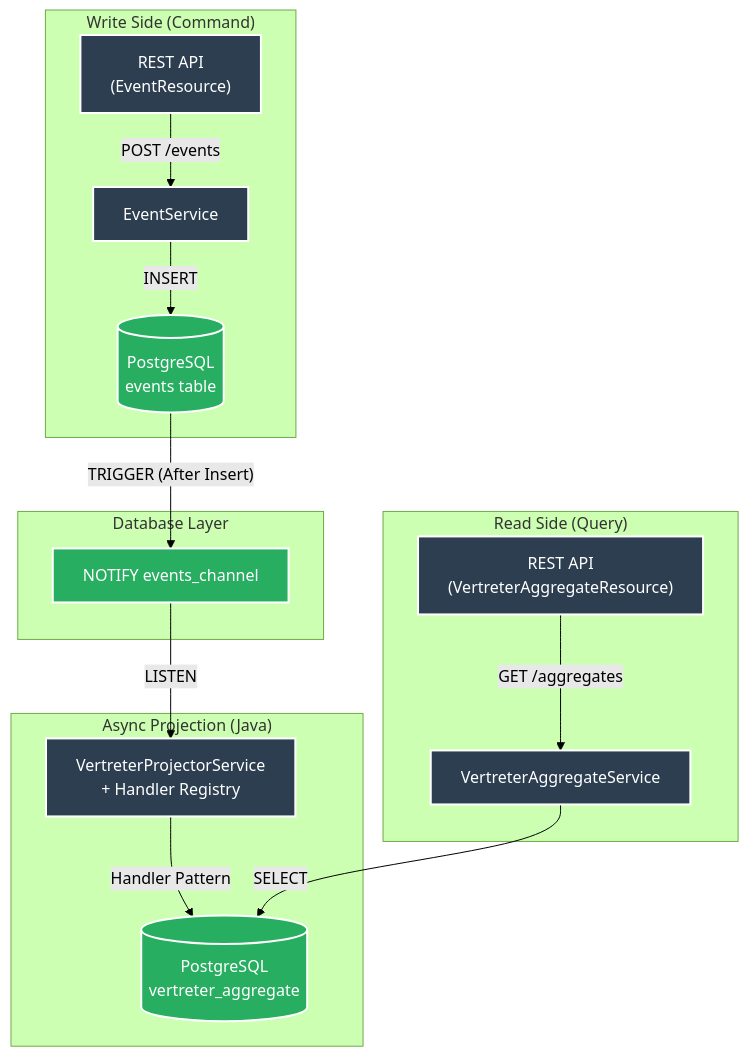
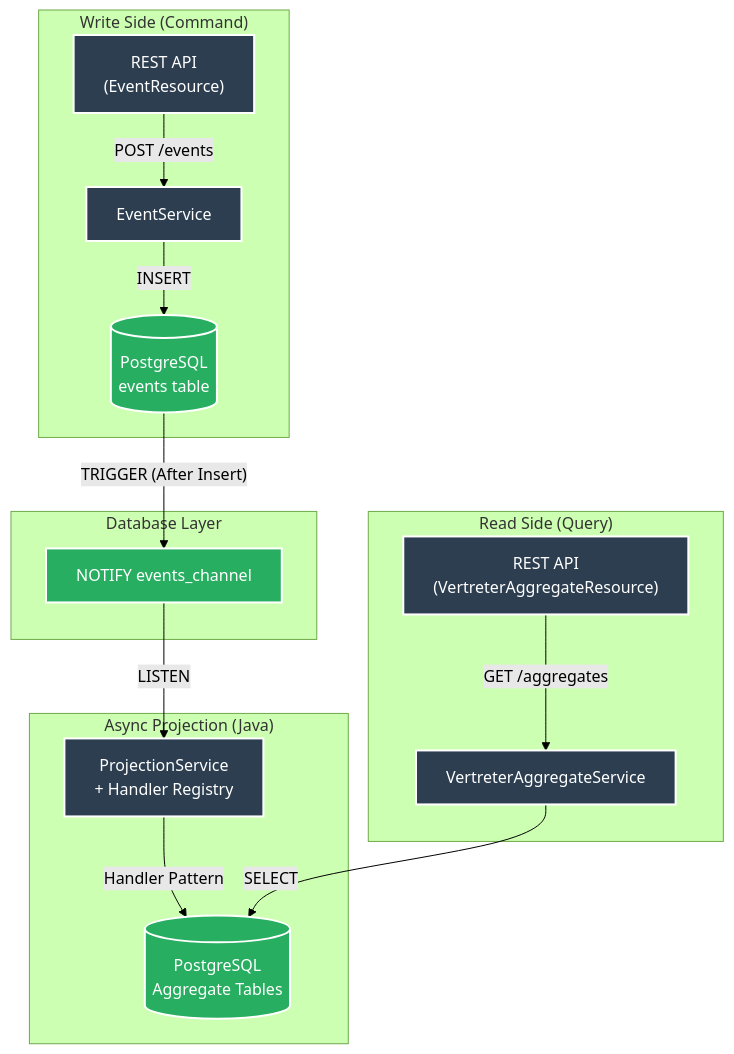
Before and after one commit to maatini/es-psql-quarkus: the diagram in README.md, drawn with Mermaid (forest theme). The commit also changed other lines of this file, not shown here.

Commit message:
refactor: generalize event projection and handling by replacing specific services with new interfaces and a generic projection service.

````diff
--- a/README.md
+++ b/README.md
@@ -9,28 +9,28 @@
 ```mermaid
 graph TD
     subgraph "Write Side (Command)"
         API_W["REST API<br/>(EventResource)"] -->|"POST /events"| ES["EventService"]
         ES -->|"INSERT"| DB_Events[("PostgreSQL<br/>events table")]
     end
 
     subgraph "Database Layer"
         DB_Events -->|"TRIGGER (After Insert)"| DB_Notify["NOTIFY events_channel"]
     end
 
     subgraph "Async Projection (Java)"
-        DB_Notify -->|"LISTEN"| PROJ["VertreterProjectorService<br/>+ Handler Registry"]
-        PROJ -->|"Handler Pattern"| DB_Agg[("PostgreSQL<br/>vertreter_aggregate")]
+        DB_Notify -->|"LISTEN"| PROJ["ProjectionService<br/>+ Handler Registry"]
+        PROJ -->|"Handler Pattern"| DB_Agg[("PostgreSQL<br/>Aggregate Tables")]
     end
 
     subgraph "Read Side (Query)"
         API_R["REST API<br/>(VertreterAggregateResource)"] -->|"GET /aggregates"| AS["VertreterAggregateService"]
         AS -->|"SELECT"| DB_Agg
     end
 
     classDef java fill:#2C3E50,stroke:#fff,stroke-width:2px,color:#fff;
     classDef db fill:#27AE60,stroke:#fff,stroke-width:2px,color:#fff;
     classDef api fill:#E67E22,stroke:#fff,stroke-width:2px,color:#fff;
 
     class API_W,API_R,ES,AS,PROJ java;
     class DB_Events,DB_Agg,DB_Notify db;
 ```
````
